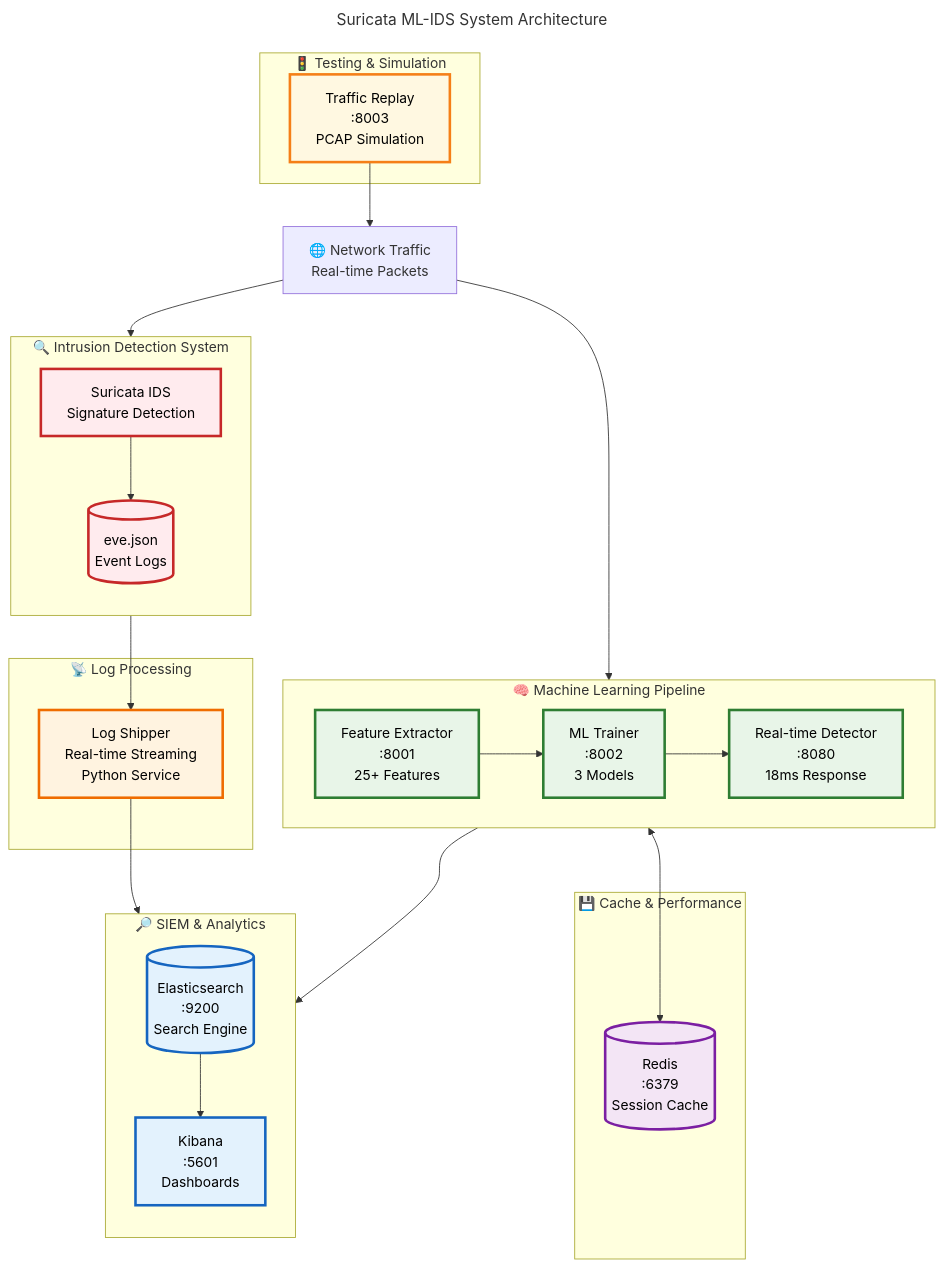
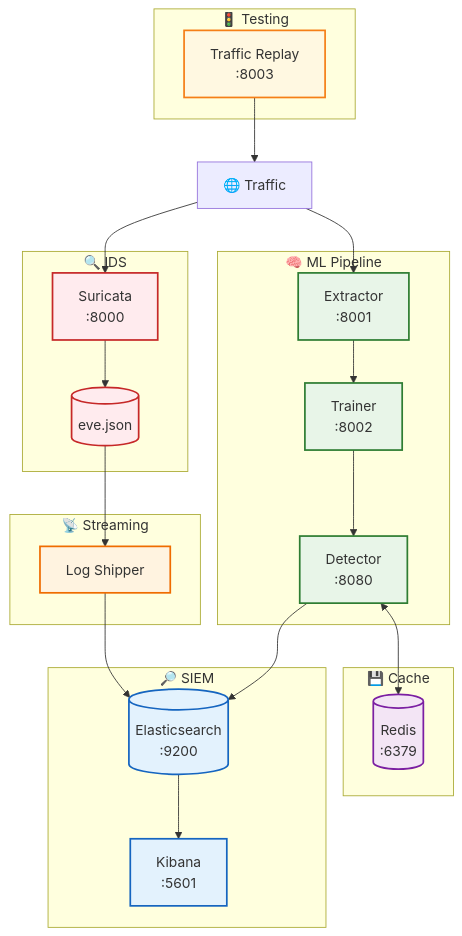
The second of 5 diagrams in README.md (holdennguyen/suricata-ml-ids), drawn with Mermaid before and after one commit. The commit also changed other lines of this file and 6 other files, not shown here.

````diff
--- a/README.md
+++ b/README.md
@@ -154,76 +94,57 @@
 ```mermaid
----
-title: Suricata ML-IDS System Architecture
----
 flowchart TB
-    %% External Input
-    NT[🌐 Network Traffic<br/>Real-time Packets]
+    NT[🌐 Traffic]
     
-    %% IDS Detection Layer
-    subgraph IDS ["🔍 Intrusion Detection System"]
-        direction TB
-        S[Suricata IDS<br/>Signature Detection]
-        EVE[(eve.json<br/>Event Logs)]
+    subgraph IDS ["🔍 IDS"]
+        S[Suricata<br/>:8000]
+        EVE[(eve.json)]
         S --> EVE
     end
     
-    %% ML Processing Layer  
-    subgraph ML ["🧠 Machine Learning Pipeline"]
-        direction LR
-        FE[Feature Extractor<br/>:8001<br/>25+ Features]
-        MLT[ML Trainer<br/>:8002<br/>3 Models]
-        RD[Real-time Detector<br/>:8080<br/>18ms Response]
-        
-        FE --> MLT
-        MLT --> RD
+    subgraph ML ["🧠 ML Pipeline"]
+        FE[Extractor<br/>:8001]
+        MLT[Trainer<br/>:8002]
+        RD[Detector<br/>:8080]
+        FE --> MLT --> RD
     end
     
-    %% Cache & Storage
-    subgraph CACHE ["💾 Cache & Performance"]
-        Redis[(Redis<br/>:6379<br/>Session Cache)]
+    subgraph CACHE ["💾 Cache"]
+        Redis[(Redis<br/>:6379)]
     end
     
-    %% Log Processing
-    subgraph STREAM ["📡 Log Processing"]
-        LS[Log Shipper<br/>Real-time Streaming<br/>Python Service]
+    subgraph STREAM ["📡 Streaming"]
+        LS[Log Shipper]
     end
     
-    %% SIEM & Analytics
-    subgraph SIEM ["🔎 SIEM & Analytics"]
-        direction TB
-        ES[(Elasticsearch<br/>:9200<br/>Search Engine)]
-        KB[Kibana<br/>:5601<br/>Dashboards]
+    subgraph SIEM ["🔎 SIEM"]
+        ES[(Elasticsearch<br/>:9200)]
+        KB[Kibana<br/>:5601]
         ES --> KB
     end
     
-    %% Testing & Simulation
-    subgraph TEST ["🚦 Testing & Simulation"]
-        TR[Traffic Replay<br/>:8003<br/>PCAP Simulation]
+    subgraph TEST ["🚦 Testing"]
+        TR[Traffic Replay<br/>:8003]
     end
     
-    %% Data Flow Connections
     NT --> S
     NT --> FE
     TR --> NT
-    
     EVE --> LS
     LS --> ES
-    
     RD <--> Redis
     RD --> ES
     
-    %% Styling with proper contrast
-    classDef idsStyle fill:#ffebee,stroke:#c62828,stroke-width:3px,color:#000
-    classDef mlStyle fill:#e8f5e8,stroke:#2e7d32,stroke-width:3px,color:#000
-    classDef siemStyle fill:#e3f2fd,stroke:#1565c0,stroke-width:3px,color:#000
-    classDef streamStyle fill:#fff3e0,stroke:#ef6c00,stroke-width:3px,color:#000
-    classDef cacheStyle fill:#f3e5f5,stroke:#7b1fa2,stroke-width:3px,color:#000
-    classDef testStyle fill:#fff8e1,stroke:#f57f17,stroke-width:3px,color:#000
+    classDef ids fill:#ffebee,stroke:#c62828,stroke-width:2px
+    classDef ml fill:#e8f5e8,stroke:#2e7d32,stroke-width:2px
+    classDef siem fill:#e3f2fd,stroke:#1565c0,stroke-width:2px
+    classDef stream fill:#fff3e0,stroke:#ef6c00,stroke-width:2px
+    classDef cache fill:#f3e5f5,stroke:#7b1fa2,stroke-width:2px
+    classDef test fill:#fff8e1,stroke:#f57f17,stroke-width:2px
     
-    class S,EVE idsStyle
-    class FE,MLT,RD mlStyle
-    class ES,KB siemStyle
-    class LS streamStyle
-    class Redis cacheStyle
-    class TR testStyle
+    class S,EVE ids
+    class FE,MLT,RD ml
+    class ES,KB siem
+    class LS stream
+    class Redis cache
+    class TR test
 ```
````
